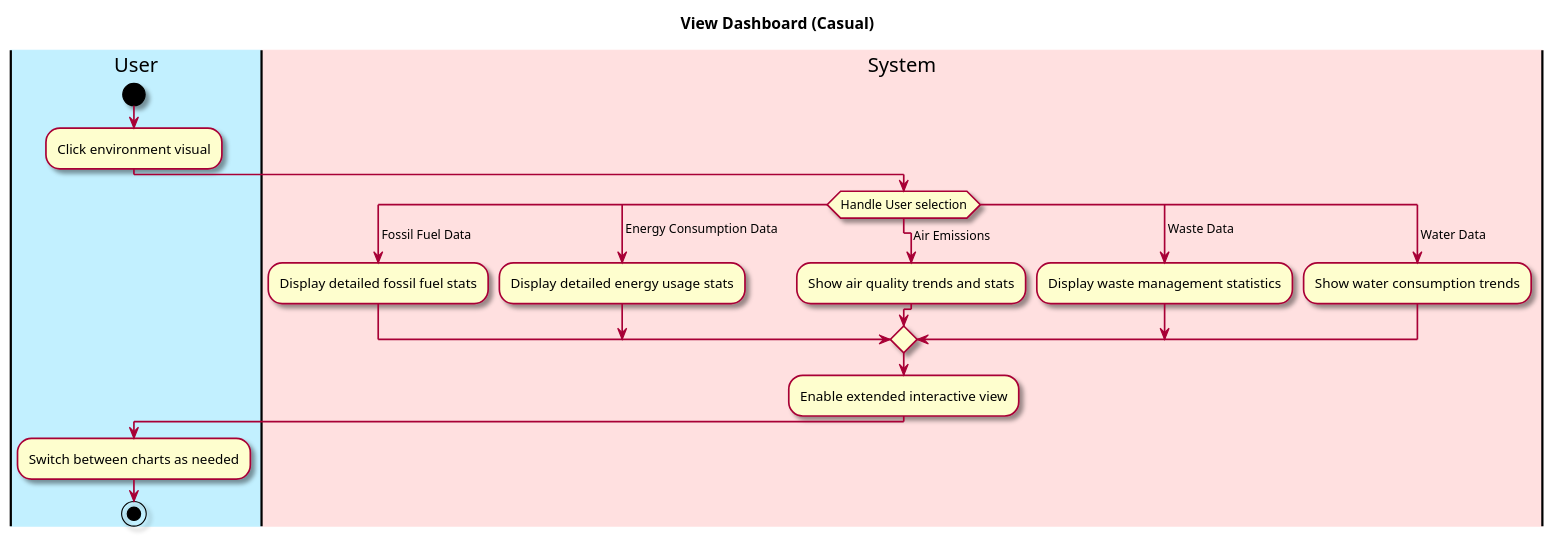
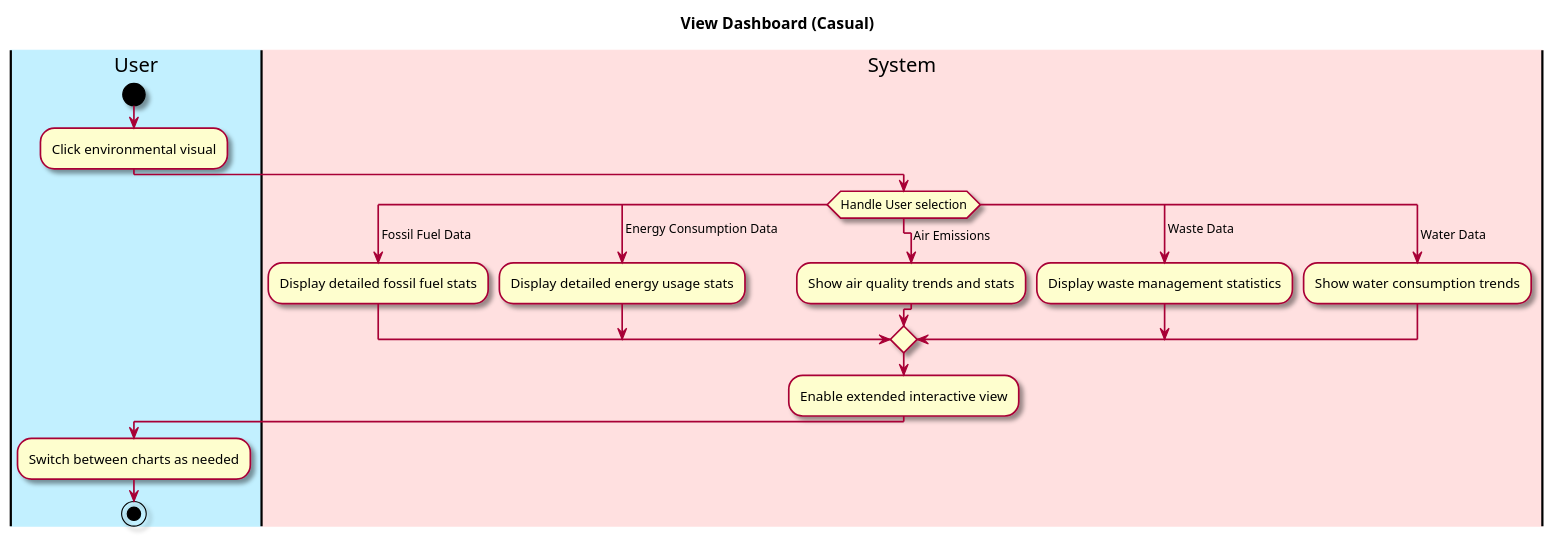
One commit to owhitleym-ui/EcoScoop changed the diagram in intellij/doc/Functional Specification/view-dashboard.md. Above: the diagram before and after it, drawn with PlantUML. The commit also changed 9 other files, not shown here.

````diff
--- a/intellij/doc/Functional Specification/view-dashboard.md
+++ b/intellij/doc/Functional Specification/view-dashboard.md
@@ -23,42 +23,42 @@
 ```plantuml
 @startuml
 
 skin rose
 
 title View Dashboard (Casual)
 
 'define the lanes
 |#application|User|
 |#implementation|System|
 
 |User|
 start
-:Click environment visual;
+:Click environmental visual;
 |System|
 switch (Handle User selection)
     case ( Fossil Fuel Data)
         |System|
         :Display detailed fossil fuel stats;
     case ( Energy Consumption Data)
         |System|
         :Display detailed energy usage stats;
     case (   Air Emissions)
         |System|
         :Show air quality trends and stats;
     case ( Waste Data)
         |System|
         :Display waste management statistics;
     case ( Water Data)
         |System|
         :Show water consumption trends;
 
 endswitch
 
 |System|
 :Enable extended interactive view;
 |User|
 :Switch between charts as needed;
 
 stop
 @enduml
 ```
````
